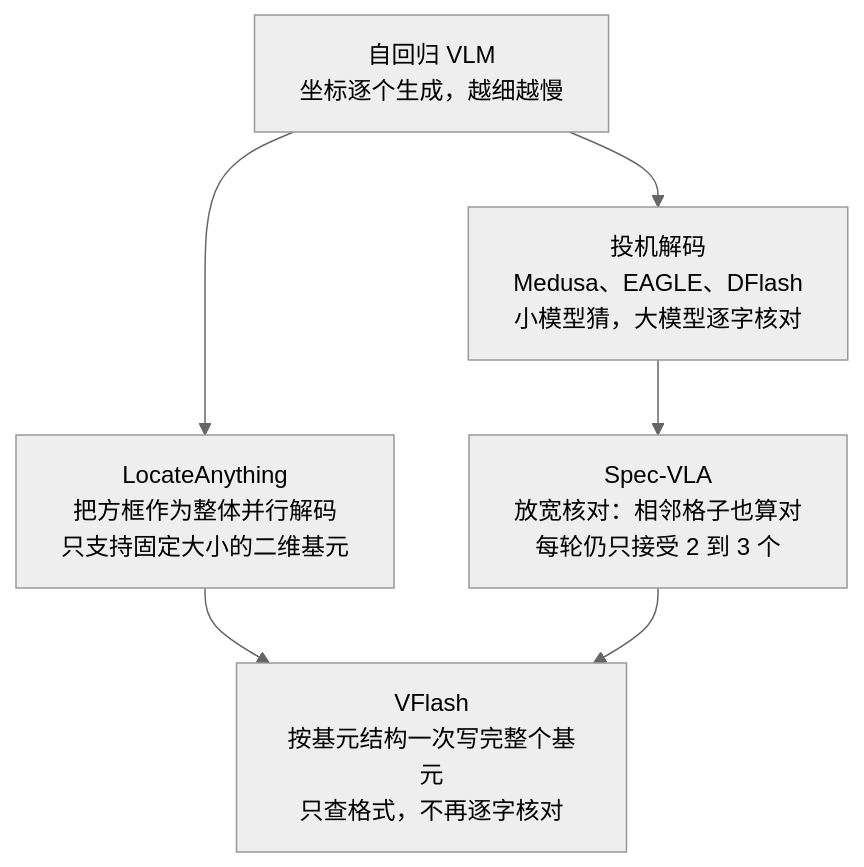
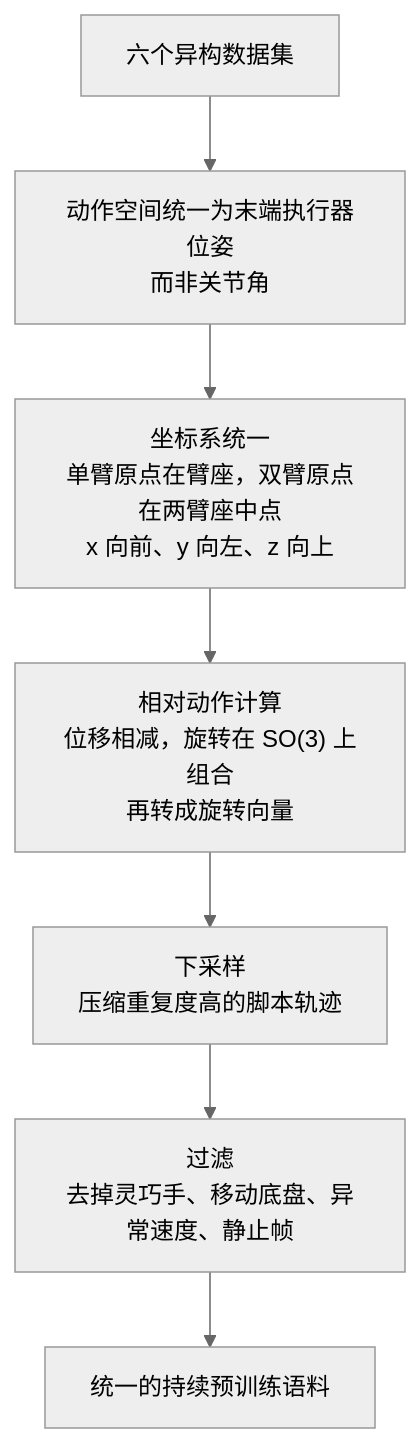
The third of 5 diagrams in docs/index.md (yingwang/paper-reads), drawn with Mermaid (neutral theme) before and after one commit. The commit also changed other lines of this file and 2 other files, not shown here.

````diff
--- a/docs/index.md
+++ b/docs/index.md
@@ -69,8 +199,9 @@
 ```mermaid
 flowchart TD
-    A["自回归 VLM<br/>坐标逐个生成，越细越慢"] --> B["投机解码<br/>Medusa、EAGLE、DFlash<br/>小模型猜，大模型逐字核对"]
-    A --> C["LocateAnything<br/>把方框作为整体并行解码<br/>只支持固定大小的二维基元"]
-    B --> D["Spec-VLA<br/>放宽核对：相邻格子也算对<br/>每轮仍只接受 2 到 3 个"]
-    C --> E["VFlash<br/>按基元结构一次写完整个基元<br/>只查格式，不再逐字核对"]
-    D --> E
+    A["六个异构数据集"] --> B["动作空间统一为末端执行器位姿<br/>而非关节角"]
+    B --> C["坐标系统一<br/>单臂原点在臂座，双臂原点在两臂座中点<br/>x 向前、y 向左、z 向上"]
+    C --> D["相对动作计算<br/>位移相减，旋转在 SO(3) 上组合<br/>再转成旋转向量"]
+    D --> E["下采样<br/>压缩重复度高的脚本轨迹"]
+    E --> F["过滤<br/>去掉灵巧手、移动底盘、异常速度、静止帧"]
+    F --> G["统一的持续预训练语料"]
 ```
````
